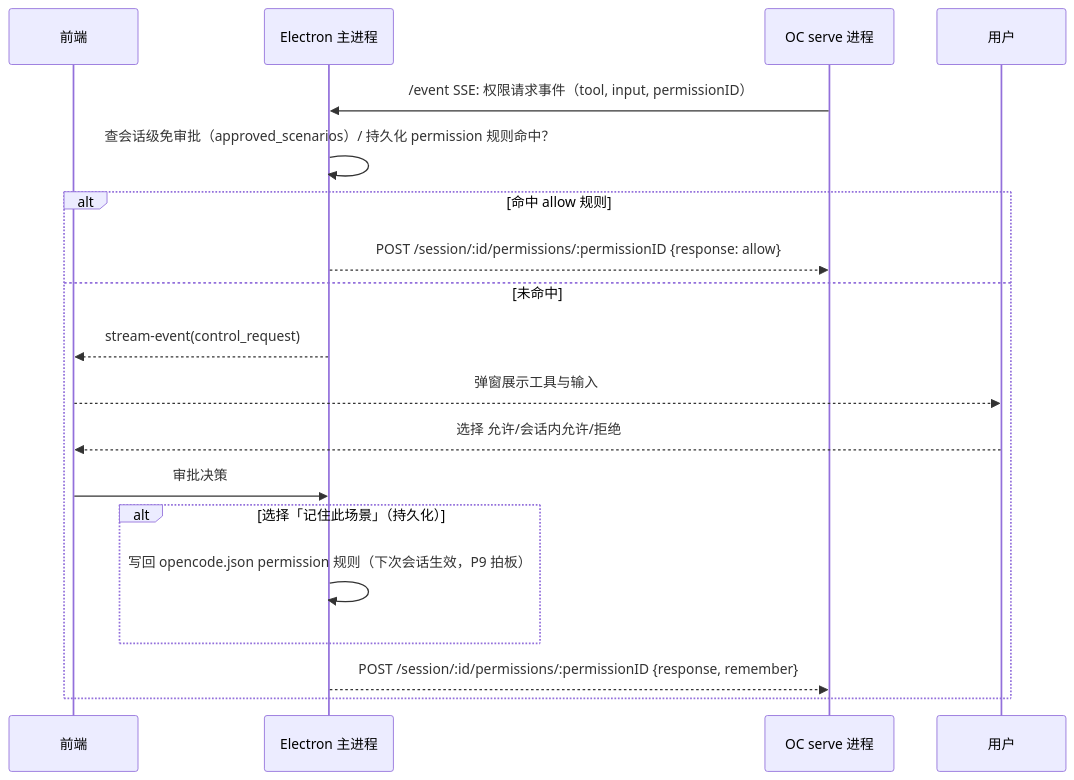
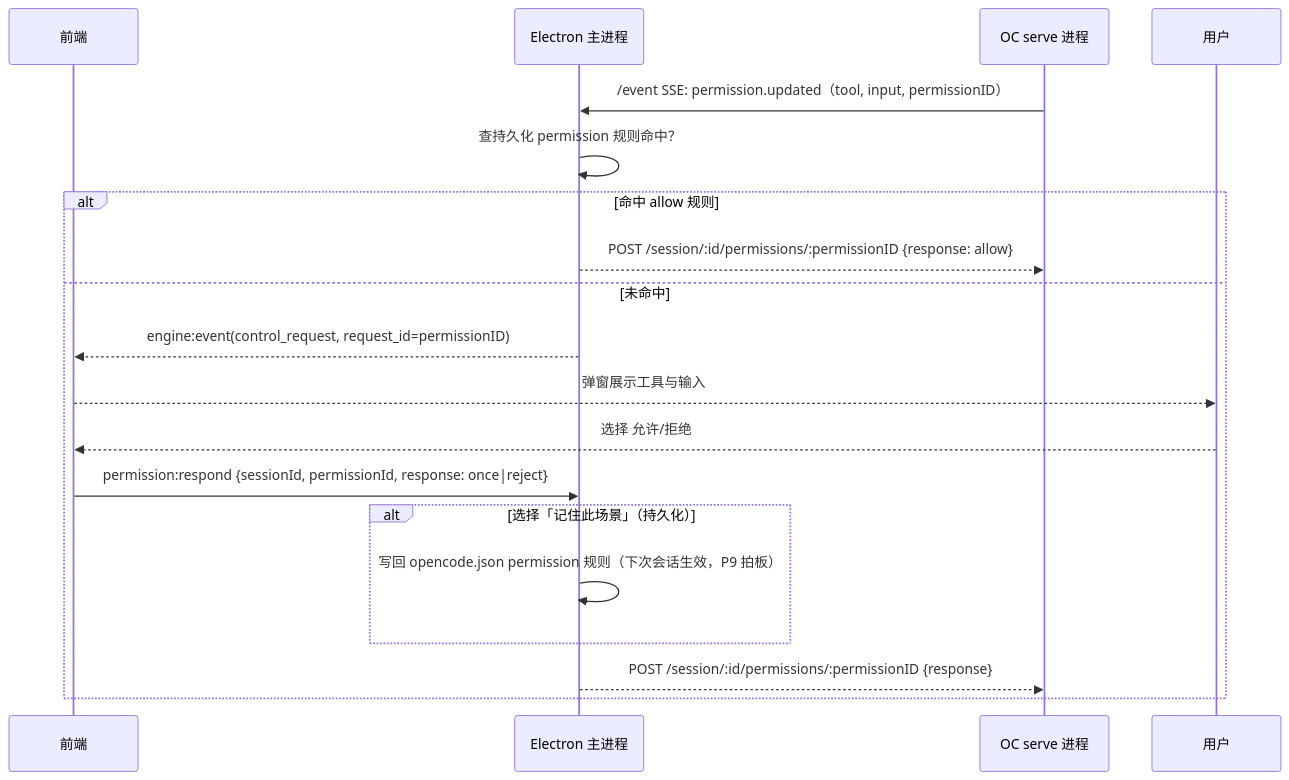
Before and after one commit to Max-Null/fractal: the sixth of 7 diagrams in docs/设计/分形-设计方案.md, drawn with Mermaid. The commit also changed other lines of this file and 108 other files, not shown here.

````diff
--- a/docs/设计/分形-设计方案.md
+++ b/docs/设计/分形-设计方案.md
@@ -739,21 +746,21 @@
 ```mermaid
 sequenceDiagram
     participant 前端
     participant Main as Electron 主进程
     participant OC as OC serve 进程
 
-    OC->>Main: /event SSE: 权限请求事件（tool, input, permissionID）
-    Main->>Main: 查会话级免审批（approved_scenarios）/ 持久化 permission 规则命中？
+    OC->>Main: /event SSE: permission.updated（tool, input, permissionID）
+    Main->>Main: 查持久化 permission 规则命中？
     alt 命中 allow 规则
         Main-->>OC: POST /session/:id/permissions/:permissionID {response: allow}
     else 未命中
-        Main-->>前端: stream-event(control_request)
+        Main-->>前端: engine:event(control_request, request_id=permissionID)
         前端-->>用户: 弹窗展示工具与输入
-        用户-->>前端: 选择 允许/会话内允许/拒绝
-        前端->>Main: 审批决策
+        用户-->>前端: 选择 允许/拒绝
+        前端->>Main: permission:respond {sessionId, permissionId, response: once|reject}
         alt 选择「记住此场景」（持久化）
             Main->>Main: 写回 opencode.json permission 规则（下次会话生效，P9 拍板）
         end
-        Main-->>OC: POST /session/:id/permissions/:permissionID {response, remember}
+        Main-->>OC: POST /session/:id/permissions/:permissionID {response}
     end
 ```
````
